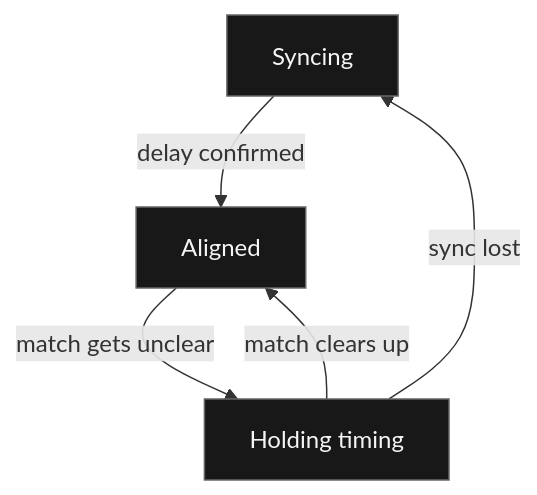
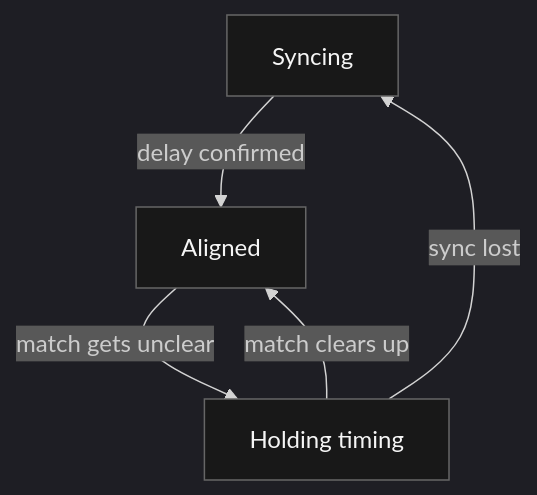
Before and after one commit to Hackebein/hackebein.github.io: the diagram in page/How VaOBS stays in sync.md, drawn with Mermaid. The commit also changed other lines of this file and 7 other files, not shown here.

````diff
--- a/page/How VaOBS stays in sync.md
+++ b/page/How VaOBS stays in sync.md
@@ -7,12 +7,13 @@
 ```mermaid
+%%{init: {"theme": "dark"}}%%
 flowchart TD
     syncing["Syncing"] -->|delay confirmed| aligned["Aligned"]
     aligned -->|match gets unclear| holding["Holding timing"]
     holding -->|match clears up| aligned
     holding -->|sync lost| syncing
     classDef status fill:#181818,stroke:#666,color:#f5f5f5
     class syncing,aligned,holding status
     click syncing href "#finding-the-delay" "Finding the delay"
     click aligned href "#aligned" "Aligned"
     click holding href "#holding-timing" "Holding timing"
 ```
````
